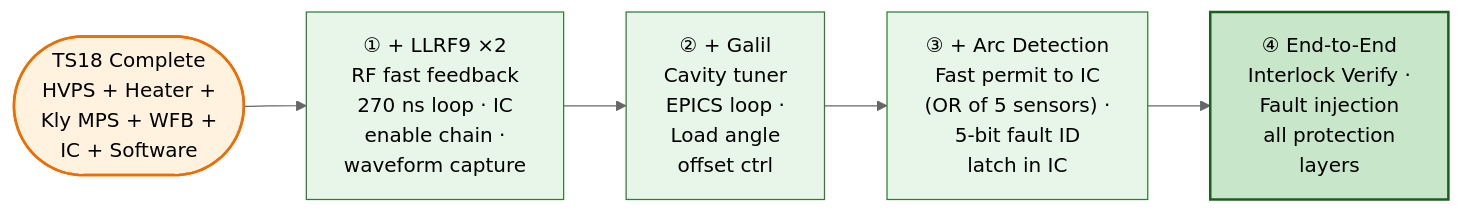
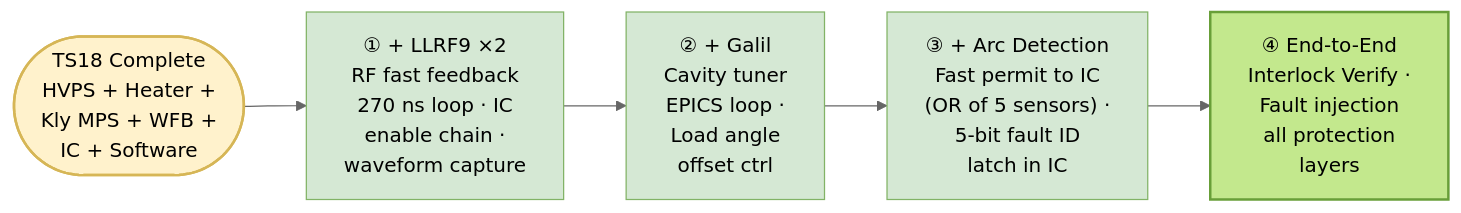
The sixth of 10 diagrams in Designs/ProjectPath_Diagrams.md (fayaw/spearlegacyLLRF), drawn with Mermaid (neutral theme) before and after one commit. The commit also changed other lines of this file, not shown here.

First line of the commit message:
Improve project path diagrams: fix colors, timeline, and font sizes

````diff
--- a/Designs/ProjectPath_Diagrams.md
+++ b/Designs/ProjectPath_Diagrams.md
@@ -322,17 +325,17 @@
 ```mermaid
 flowchart LR
     TS7_OUT(["TS18 Complete<br/>HVPS + Heater +<br/>Kly MPS + WFB +<br/>IC + Software"])
 
     SP1["① + LLRF9 ×2<br/>RF fast feedback<br/>270 ns loop · IC<br/>enable chain ·<br/>waveform capture"]
     SP2["② + Galil<br/>Cavity tuner<br/>EPICS loop ·<br/>Load angle<br/>offset ctrl"]
     SP3["③ + Arc Detection<br/>Fast permit to IC<br/>(OR of 5 sensors) ·<br/>5-bit fault ID<br/>latch in IC"]
     SP4["④ End-to-End<br/>Interlock Verify ·<br/>Fault injection<br/>all protection<br/>layers"]
 
     TS7_OUT --> SP1 --> SP2 --> SP3 --> SP4
 
-    style TS7_OUT fill:#fff3e0,stroke:#ef6c00,stroke-width:2px
-    style SP1 fill:#e8f5e9,stroke:#2e7d32
-    style SP2 fill:#e8f5e9,stroke:#2e7d32
-    style SP3 fill:#e8f5e9,stroke:#2e7d32
-    style SP4 fill:#c8e6c9,stroke:#1b5e20,stroke-width:2px
+    style TS7_OUT fill:#fff2cc,stroke:#d6b656,stroke-width:2px,color:#000000
+    style SP1 fill:#d5e8d4,stroke:#82b366,color:#000000
+    style SP2 fill:#d5e8d4,stroke:#82b366,color:#000000
+    style SP3 fill:#d5e8d4,stroke:#82b366,color:#000000
+    style SP4 fill:#c3e88d,stroke:#689f38,stroke-width:2px,color:#000000
 ```
````
